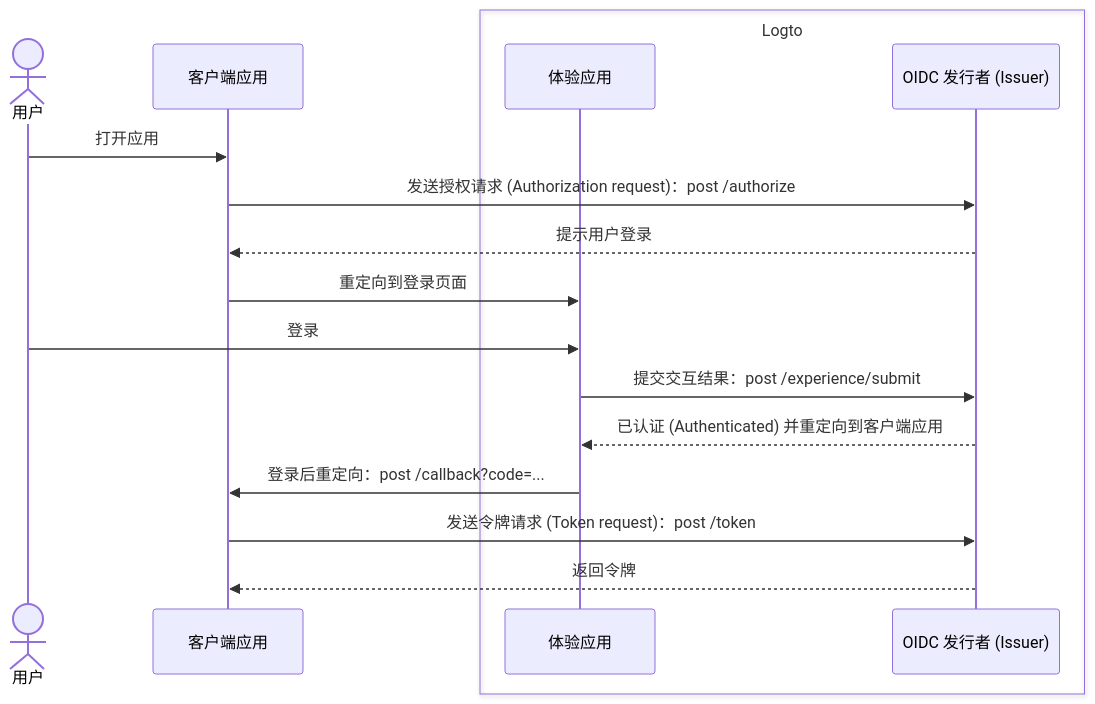
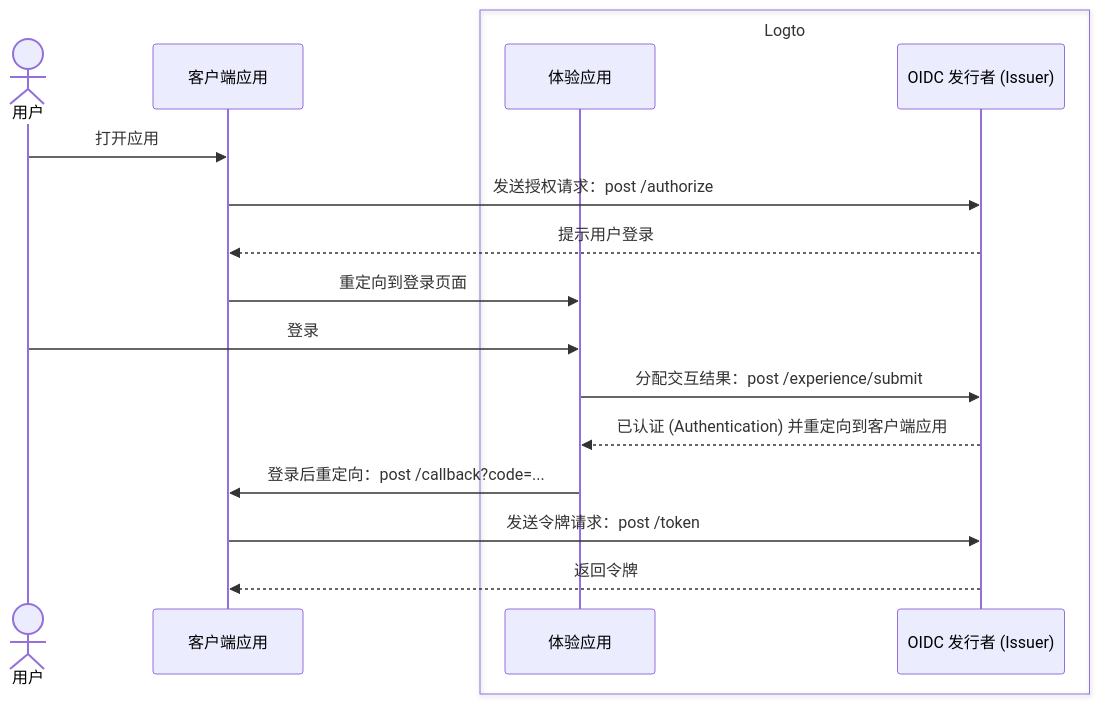
The first of 2 diagrams in i18n/zh-CN/docusaurus-plugin-content-docs/current/end-user-flows/sign-up-and-sign-in/README.mdx (logto-io/docs), drawn with Mermaid before and after one commit. The commit also changed other lines of this file and 145 other files, not shown here.

````diff
--- a/i18n/zh-CN/docusaurus-plugin-content-docs/current/end-user-flows/sign-up-and-sign-in/README.mdx
+++ b/i18n/zh-CN/docusaurus-plugin-content-docs/current/end-user-flows/sign-up-and-sign-in/README.mdx
@@ -15,21 +15,21 @@
 ```mermaid
 sequenceDiagram
   actor user as 用户
   participant client as 客户端应用
 
   box Logto
     participant experience as 体验应用
     participant oidc as OIDC 发行者 (Issuer)
   end
 
   user ->> client: 打开应用
-  client ->> oidc: 发送授权请求 (Authorization request)：post /authorize
+  client ->> oidc: 发送授权请求：post /authorize
   oidc -->> client: 提示用户登录
   client ->> experience: 重定向到登录页面
   user ->> experience: 登录
-  experience ->> oidc: 提交交互结果：post /experience/submit
-  oidc -->> experience: 已认证 (Authenticated) 并重定向到客户端应用
+  experience ->> oidc: 分配交互结果：post /experience/submit
+  oidc -->> experience: 已认证 (Authentication) 并重定向到客户端应用
   experience ->> client: 登录后重定向：post /callback?code=...
-  client ->> oidc: 发送令牌请求 (Token request)：post /token
+  client ->> oidc: 发送令牌请求：post /token
   oidc -->> client: 返回令牌
 ```
````
